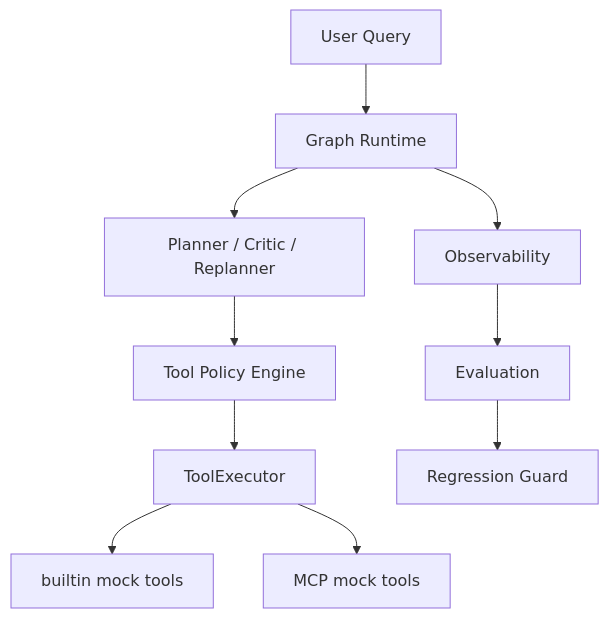
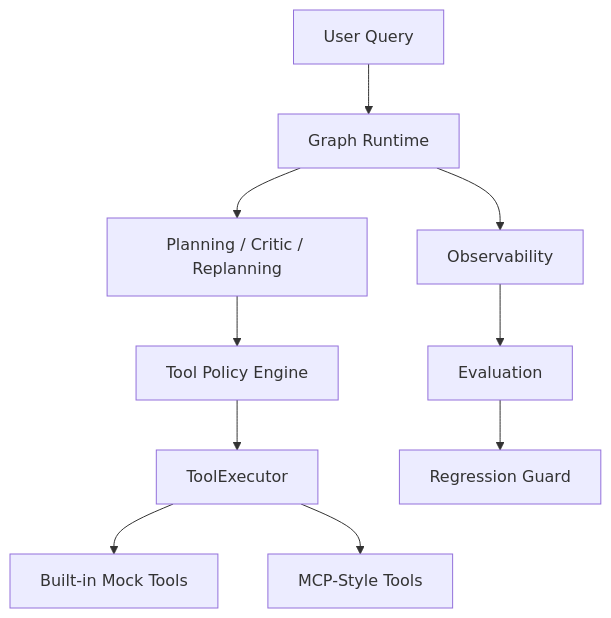
One commit to ChrissyYu/TripGraph-Agent-Runtime changed the diagram in README.md. Above: the diagram before and after it, drawn with Mermaid.

````diff
--- a/README.md
+++ b/README.md
@@ -58,12 +58,12 @@
 ```mermaid
 flowchart TB
     Q[User Query] --> GR[Graph Runtime]
-    GR --> PAC[Planner / Critic / Replanner]
+    GR --> PAC[Planning / Critic / Replanning]
     PAC --> TPE[Tool Policy Engine]
     TPE --> TE[ToolExecutor]
-    TE --> BT[builtin mock tools]
-    TE --> MT[MCP mock tools]
+    TE --> BT[Built-in Mock Tools]
+    TE --> MT[MCP-Style Tools]
     GR --> OBS[Observability]
     OBS --> EV[Evaluation]
     EV --> RG[Regression Guard]
 ```
````
